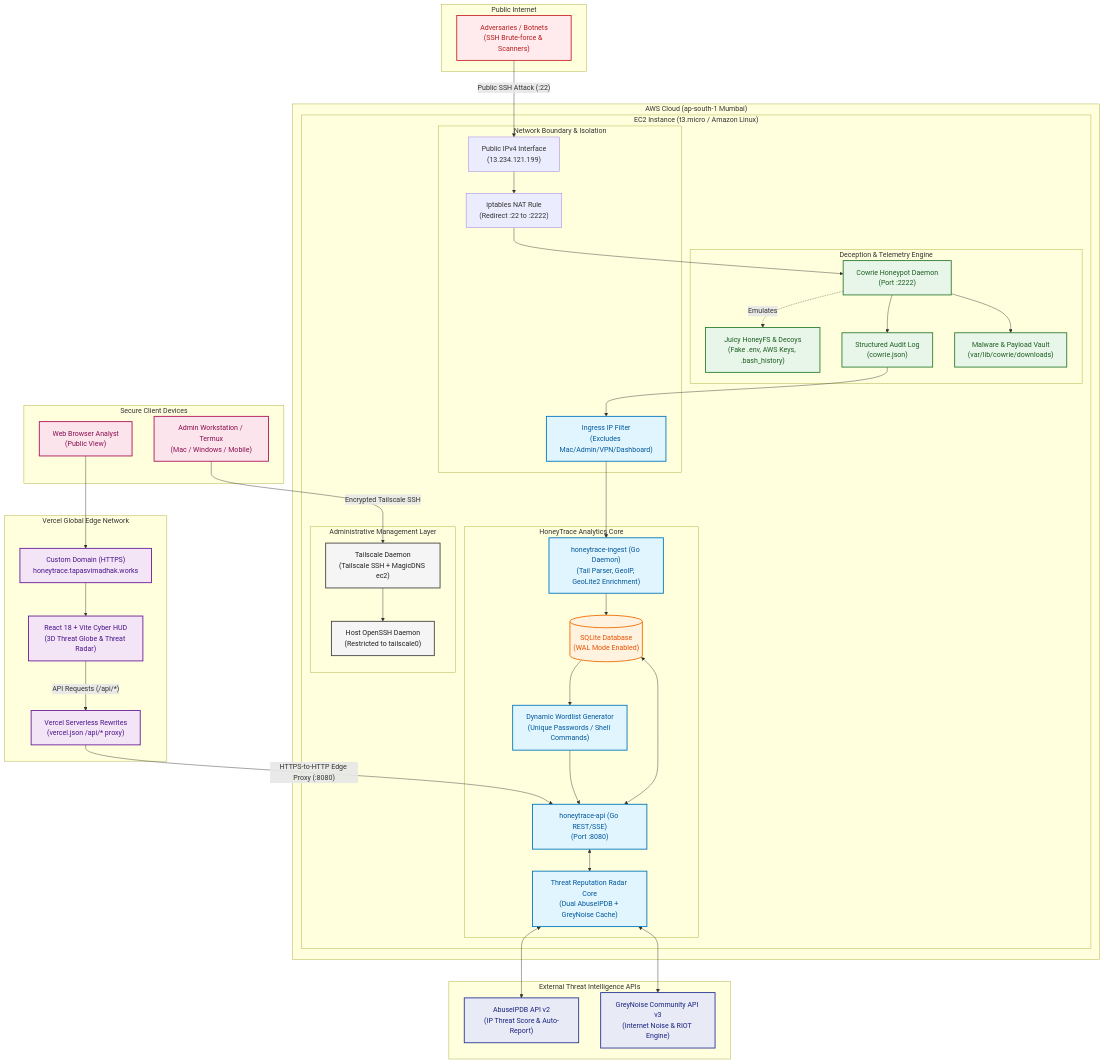
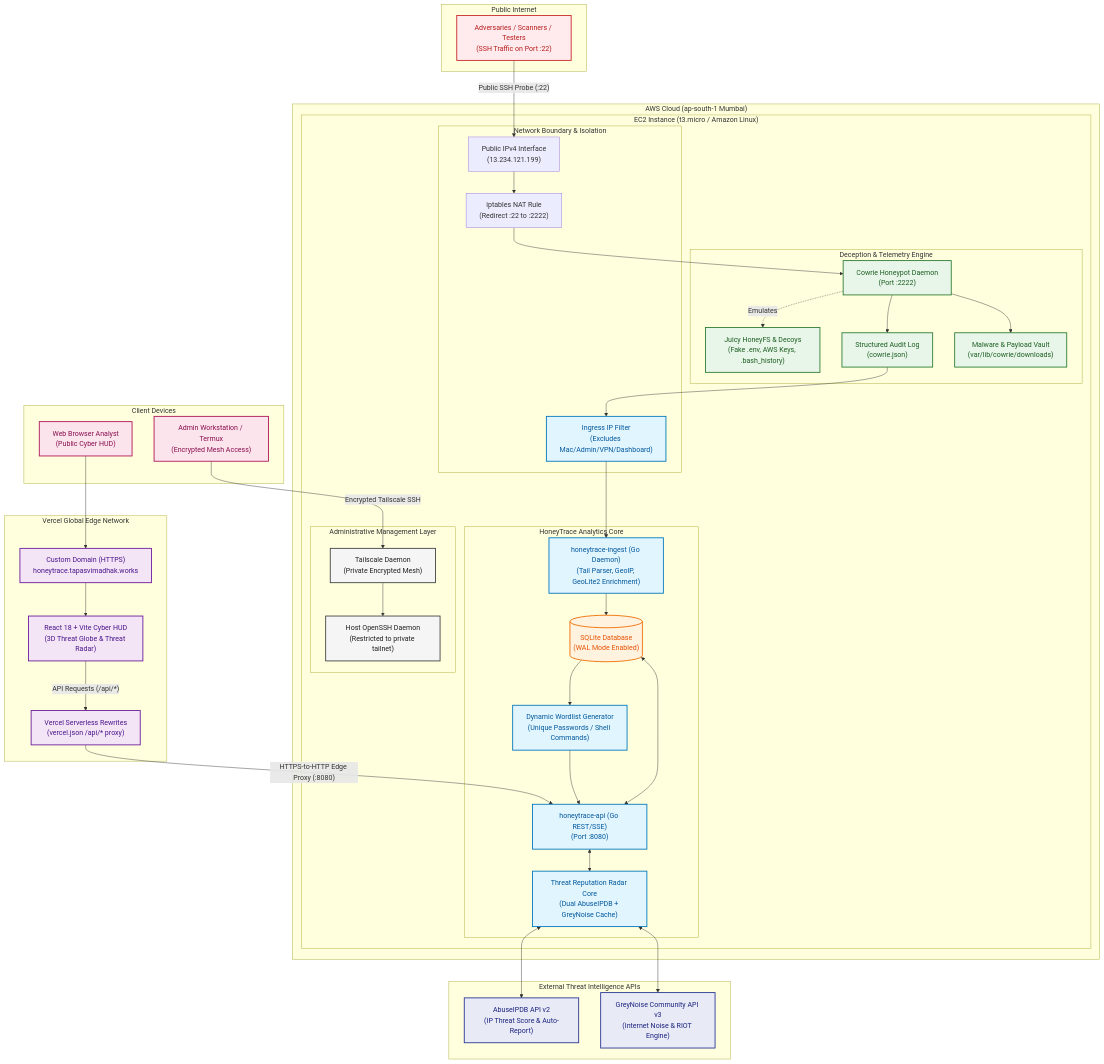
Before and after one commit to TapasviMadhak/HoneyTrace: the diagram in README.md, drawn with Mermaid. The commit also changed other lines of this file, not shown here.

Commit message:
docs(readme): add interactive honeypot tester section and sanitize architecture notes

````diff
--- a/README.md
+++ b/README.md
@@ -12,7 +37,7 @@
 ```mermaid
 flowchart TB
  subgraph WAN["Public Internet"]
-        A["Adversaries / Botnets<br>(SSH Brute-force &amp; Scanners)"]
+        A["Adversaries / Scanners / Testers<br>(SSH Traffic on Port :22)"]
   end
  subgraph VERCEL_EDGE["Vercel Global Edge Network"]
         DNS["Custom Domain (HTTPS)<br>honeytrace.tapasvimadhak.works"]
@@ -42,8 +67,8 @@
         WORDLIST["Dynamic Wordlist Generator<br>(Unique Passwords / Shell Commands)"]
   end
  subgraph SECURE_MGMT["Administrative Management Layer"]
-        TS_DAEMON["Tailscale Daemon<br>(Tailscale SSH + MagicDNS ec2)"]
-        REAL_SSHD["Host OpenSSH Daemon<br>(Restricted to tailscale0)"]
+        TS_DAEMON["Tailscale Daemon<br>(Private Encrypted Mesh)"]
+        REAL_SSHD["Host OpenSSH Daemon<br>(Restricted to private tailnet)"]
   end
  subgraph EC2["EC2 Instance (t3.micro / Amazon Linux)"]
         INGRESS
@@ -54,9 +79,9 @@
  subgraph AWS["AWS Cloud (ap-south-1 Mumbai)"]
         EC2
   end
- subgraph ADMIN_CLIENTS["Secure Client Devices"]
-        ADMIN["Admin Workstation / Termux<br>(Mac / Windows / Mobile)"]
-        BROWSER["Web Browser Analyst<br>(Public View)"]
+ subgraph ADMIN_CLIENTS["Client Devices"]
+        ADMIN["Admin Workstation / Termux<br>(Encrypted Mesh Access)"]
+        BROWSER["Web Browser Analyst<br>(Public Cyber HUD)"]
   end
     DNS --> SPA
     SPA -- API Requests (/api/*) --> PROXY
@@ -73,7 +98,7 @@
     SQLITE --> WORDLIST
     WORDLIST --> API
     TS_DAEMON --> REAL_SSHD
-    A -- Public SSH Attack (:22) --> PUB_IP
+    A -- Public SSH Probe (:22) --> PUB_IP
     PROXY -- "HTTPS-to-HTTP Edge Proxy (:8080)" --> API
     BROWSER --> DNS
     ADMIN -- Encrypted Tailscale SSH --> TS_DAEMON
````
